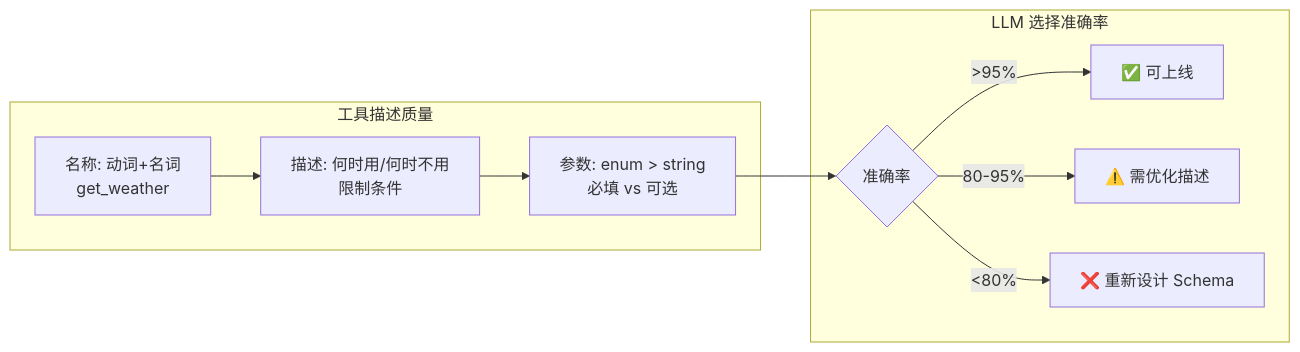
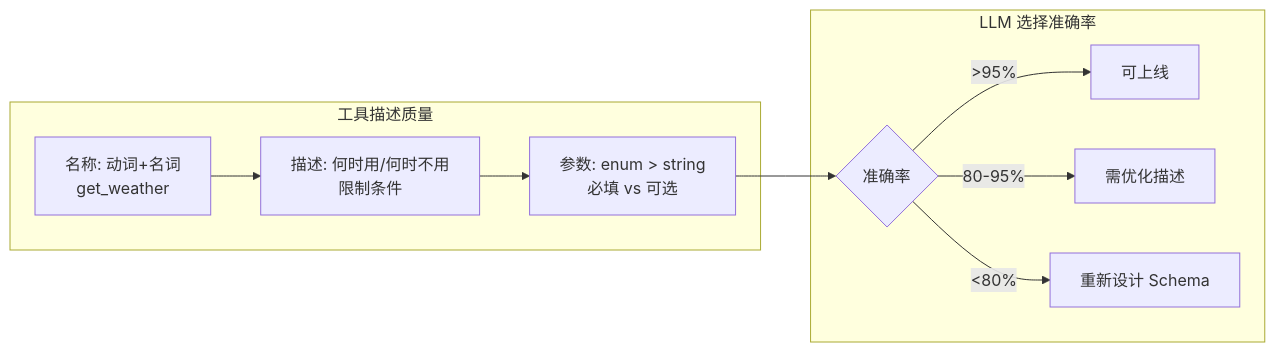
The third of 4 diagrams in chapters/part-02-core-architecture/ch06-tool-system-design.md (xiaoxiath/ai-agent-engineering), drawn with Mermaid before and after one commit. The commit also changed other lines of this file and 28 other files, not shown here.

````diff
--- a/chapters/part-02-core-architecture/ch06-tool-system-design.md
+++ b/chapters/part-02-core-architecture/ch06-tool-system-design.md
@@ -703,13 +279,13 @@
 ```mermaid
 flowchart LR
     subgraph 工具描述质量
         A[名称: 动词+名词<br/>get_weather] --> B[描述: 何时用/何时不用<br/>限制条件]
         B --> C[参数: enum > string<br/>必填 vs 可选]
     end
     subgraph LLM 选择准确率
         C --> D{准确率}
-        D -->|>95%| E[✅ 可上线]
-        D -->|80-95%| F[⚠️ 需优化描述]
-        D -->|<80%| G[❌ 重新设计 Schema]
+        D -->|>95%| E[可上线]
+        D -->|80-95%| F[需优化描述]
+        D -->|<80%| G[重新设计 Schema]
     end
 ```
````
